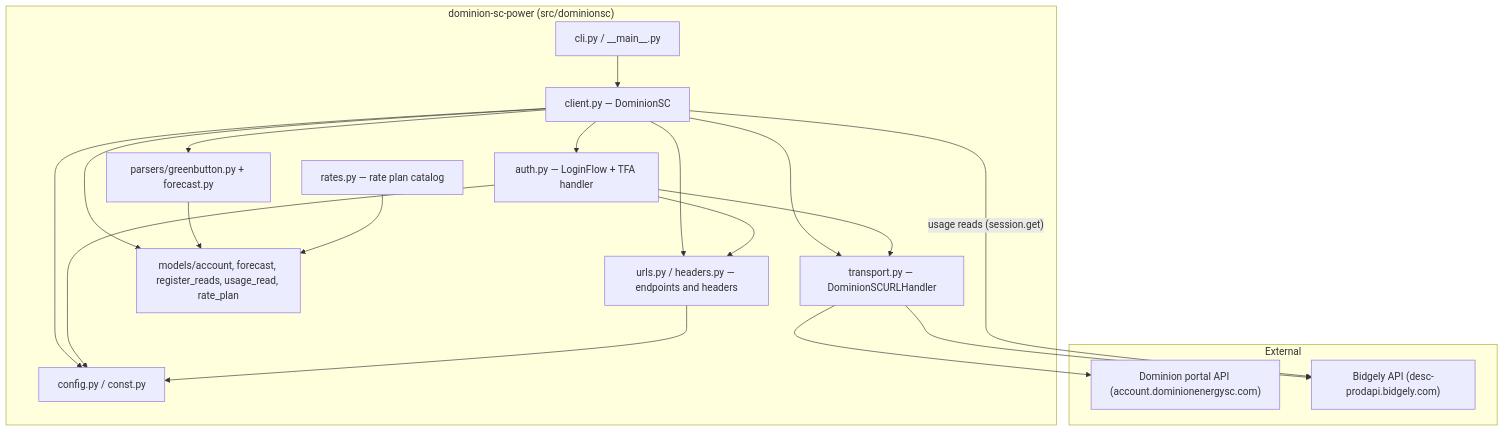
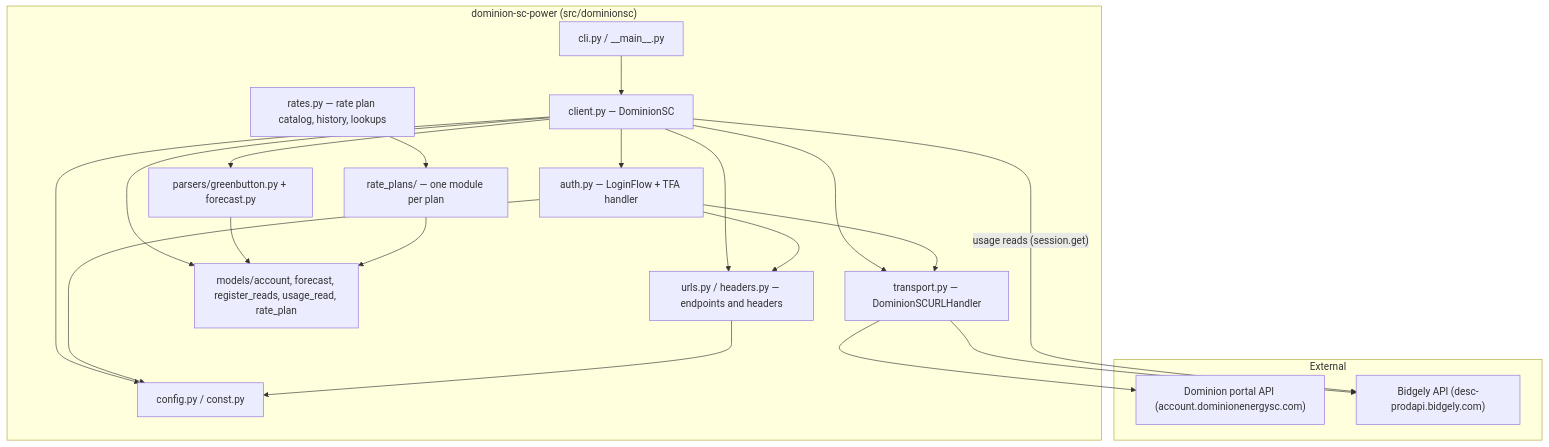
The diagram in docs/architecture/01-overview.md (hype8912/dominion-sc-power), drawn with Mermaid before and after one commit. The commit also changed other lines of this file and 18 other files, not shown here.

First line of the commit message:
feat: Move rate plan definitions to rate_plans/ module

````diff
--- a/docs/architecture/01-overview.md
+++ b/docs/architecture/01-overview.md
@@ -19,37 +19,39 @@
 ```mermaid
 flowchart TB
     subgraph External
         Dominion_API["Dominion portal API (account.dominionenergysc.com)"]
         Bidgely_API["Bidgely API (desc-prodapi.bidgely.com)"]
     end
 
     subgraph Library["dominion-sc-power (src/dominionsc)"]
         CLI["cli.py / __main__.py"]
         Client["client.py — DominionSC"]
         Auth["auth.py — LoginFlow + TFA handler"]
         Transport["transport.py — DominionSCURLHandler"]
         URLs["urls.py / headers.py — endpoints and headers"]
         Parsers["parsers/greenbutton.py + forecast.py"]
         Models["models/account, forecast, register_reads, usage_read, rate_plan"]
         Config["config.py / const.py"]
-        Rates["rates.py — rate plan catalog"]
+        Rates["rates.py — rate plan catalog, history, lookups"]
+        RatePlans["rate_plans/ — one module per plan"]
     end
 
     CLI --> Client
     Client --> Auth
     Client --> Transport
     Client --> URLs
     Client --> Parsers
     Client --> Models
     Client --> Config
     Auth --> Transport
     Auth --> URLs
     Auth --> Config
     URLs --> Config
     Parsers --> Models
-    Rates --> Models
+    Rates --> RatePlans
+    RatePlans --> Models
 
     Transport --> Dominion_API
     Transport --> Bidgely_API
     Client -->|"usage reads (session.get)"| Bidgely_API
 ```
````
